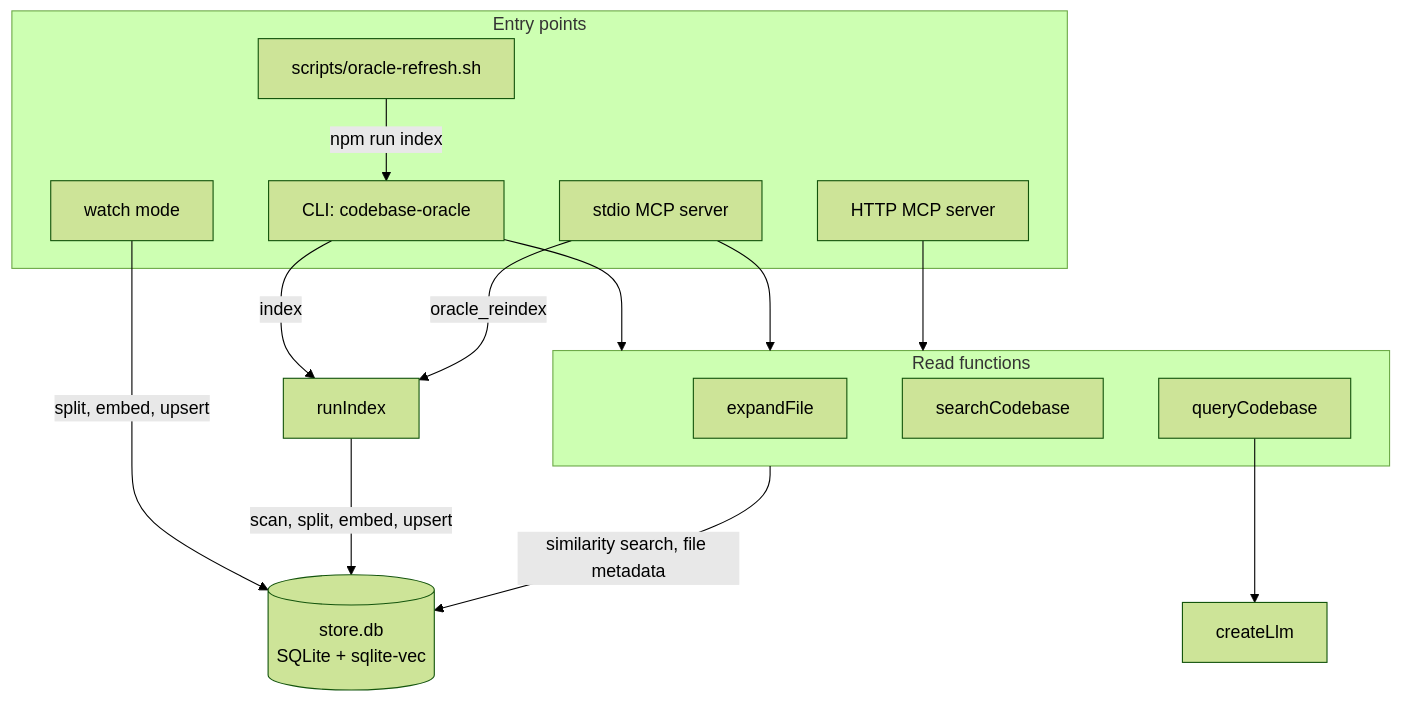
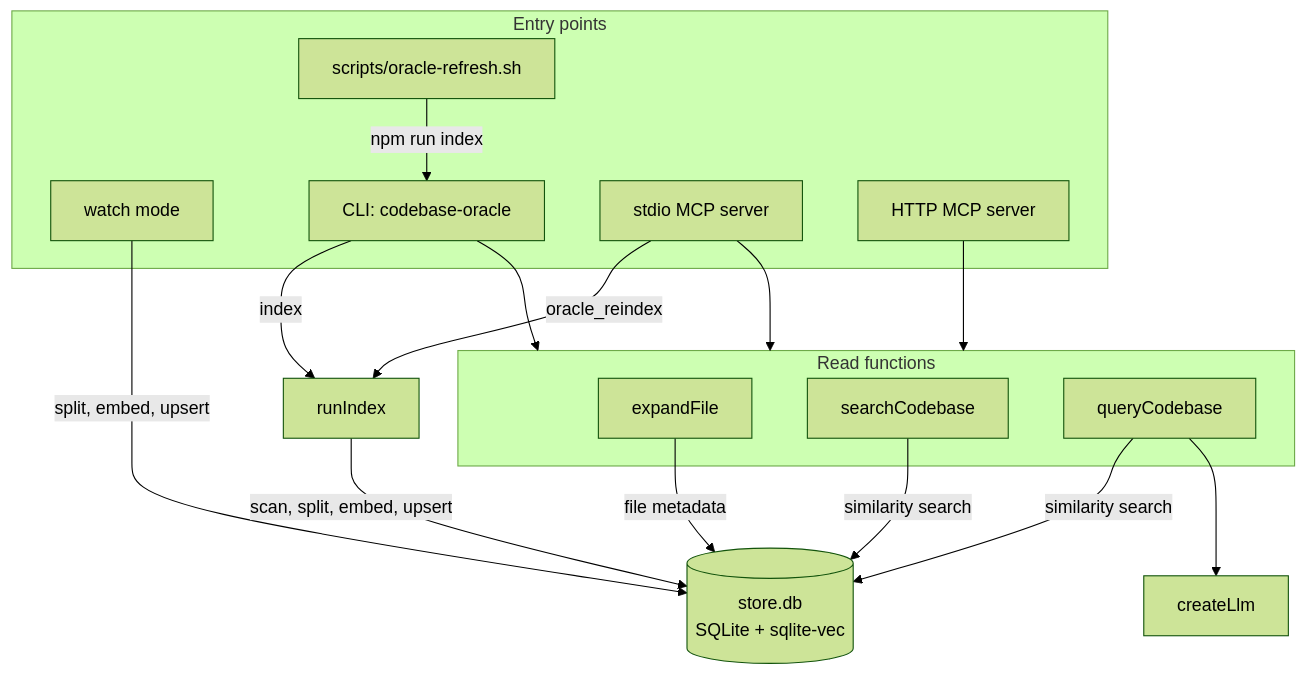
The first of 2 diagrams in docs/architecture.md (LanNguyenSi/codebase-oracle), drawn with Mermaid (forest theme) before and after one commit. The commit also changed other lines of this file and 2 other files, not shown here.

Commit message:
docs: clarify HTTP registration, legacy Ollama fallbacks and diagram edges
docs/mcp.md: the HTTP registration command registers at local scope, so
say that and show the user-scope form with the bearer token header. The
global-install note now describes starting the server in a directory
that holds a .env instead of pointing at the source-checkout wrapper.

docs/configuration.md: the ORACLE_LLM_BASE_URL row names the legacy
Ollama base URL fallback, and the legacy section says the openai-compatible
lane has no default key when switching from the ollama alias.

docs/architecture.md: the component diagram draws one edge per read
function to the store, and the answer node names the failed-LLM-call
fallback.

````diff
--- a/docs/architecture.md
+++ b/docs/architecture.md
@@ -26,28 +26,30 @@
 ```mermaid
 flowchart TD
   subgraph Entry["Entry points"]
     WATCH["watch mode"]
     REFRESH["scripts/oracle-refresh.sh"]
     CLI["CLI: codebase-oracle"]
     STDIO["stdio MCP server"]
     HTTP["HTTP MCP server"]
   end
   subgraph Read["Read functions"]
     EXPAND["expandFile"]
     SEARCH["searchCodebase"]
     QUERY["queryCodebase"]
   end
   RUN["runIndex"]
   LLM["createLlm"]
   DB[("store.db<br/>SQLite + sqlite-vec")]
   REFRESH -- "npm run index" --> CLI
   CLI -- index --> RUN
   STDIO -- oracle_reindex --> RUN
   CLI --> Read
   STDIO --> Read
   HTTP --> Read
   WATCH -- "split, embed, upsert" --> DB
   RUN -- "scan, split, embed, upsert" --> DB
-  Read -- "similarity search, file metadata" --> DB
+  SEARCH -- "similarity search" --> DB
+  QUERY -- "similarity search" --> DB
+  EXPAND -- "file metadata" --> DB
   QUERY --> LLM
 ```
````
